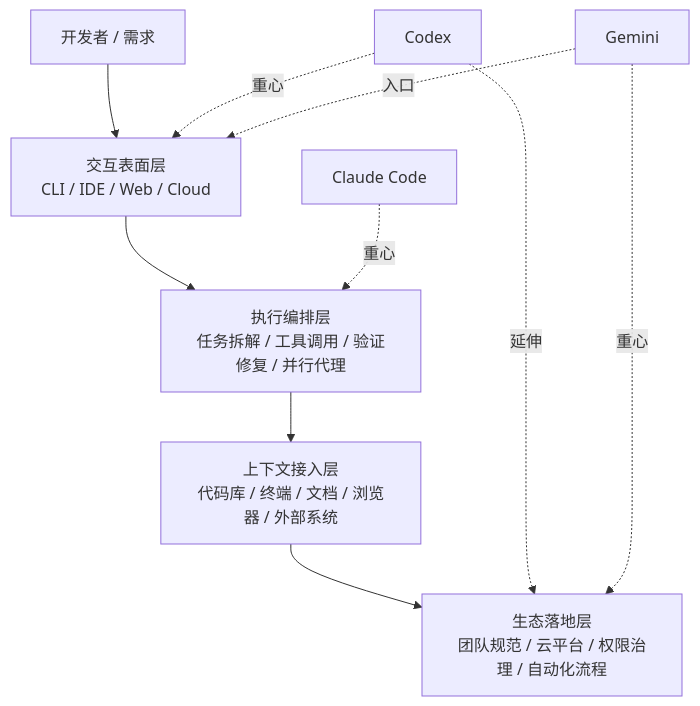
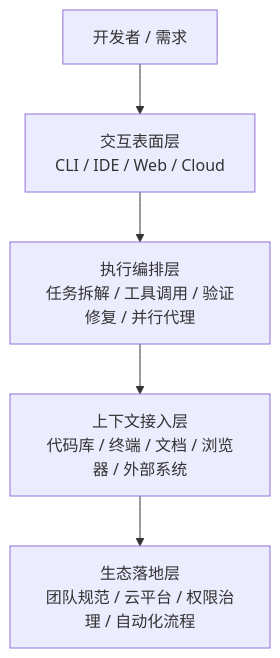
The diagram in sections/03-cli.md (boycecong-hue/OCTOPUS-GAME-AI-SHARE), drawn with Mermaid before and after one commit. The commit also changed other lines of this file and 3 other files, not shown here.

````diff
--- a/sections/03-cli.md
+++ b/sections/03-cli.md
@@ -44,13 +44,7 @@
 ```mermaid
 flowchart TB
     U[开发者 / 需求] --> S[交互表面层<br/>CLI / IDE / Web / Cloud]
     S --> O[执行编排层<br/>任务拆解 / 工具调用 / 验证修复 / 并行代理]
     O --> C[上下文接入层<br/>代码库 / 终端 / 文档 / 浏览器 / 外部系统]
     C --> E[生态落地层<br/>团队规范 / 云平台 / 权限治理 / 自动化流程]
-
-    CC[Claude Code] -.重心.-> O
-    CX[Codex] -.重心.-> S
-    CX -.延伸.-> E
-    GM[Gemini] -.入口.-> S
-    GM -.重心.-> E
 ```
````
